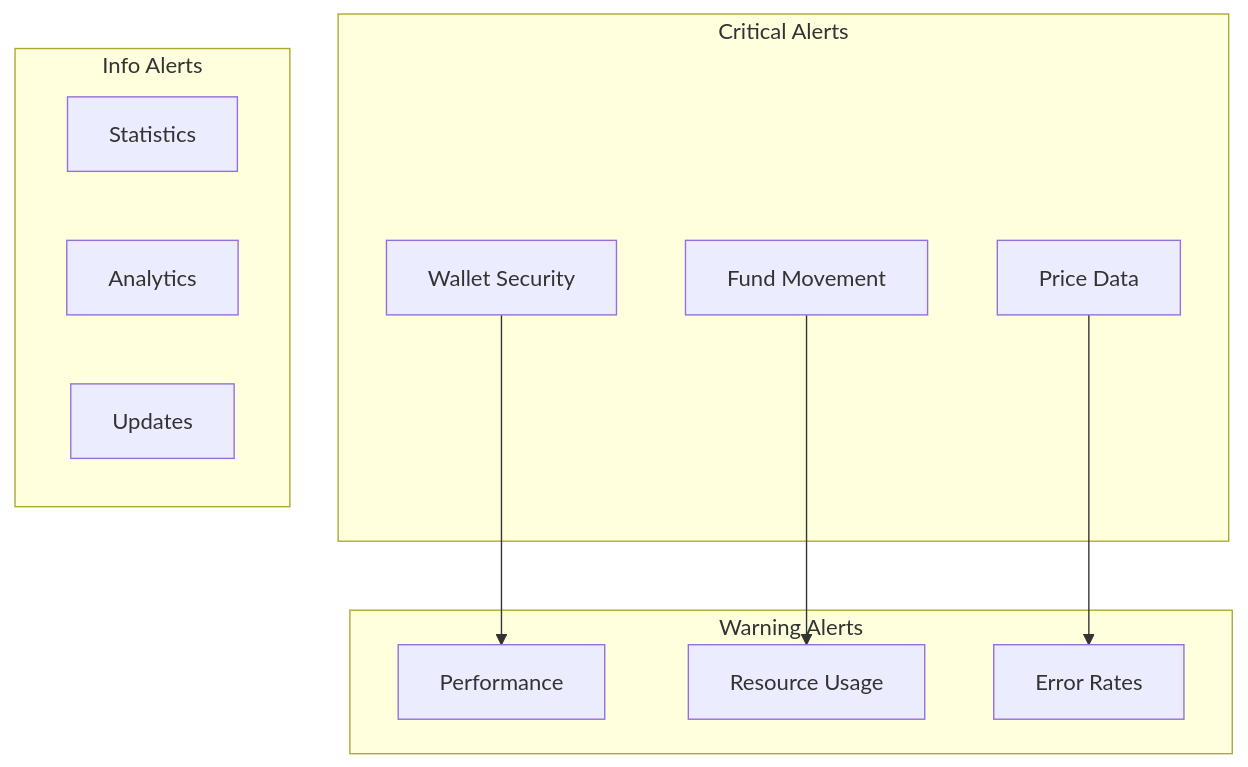
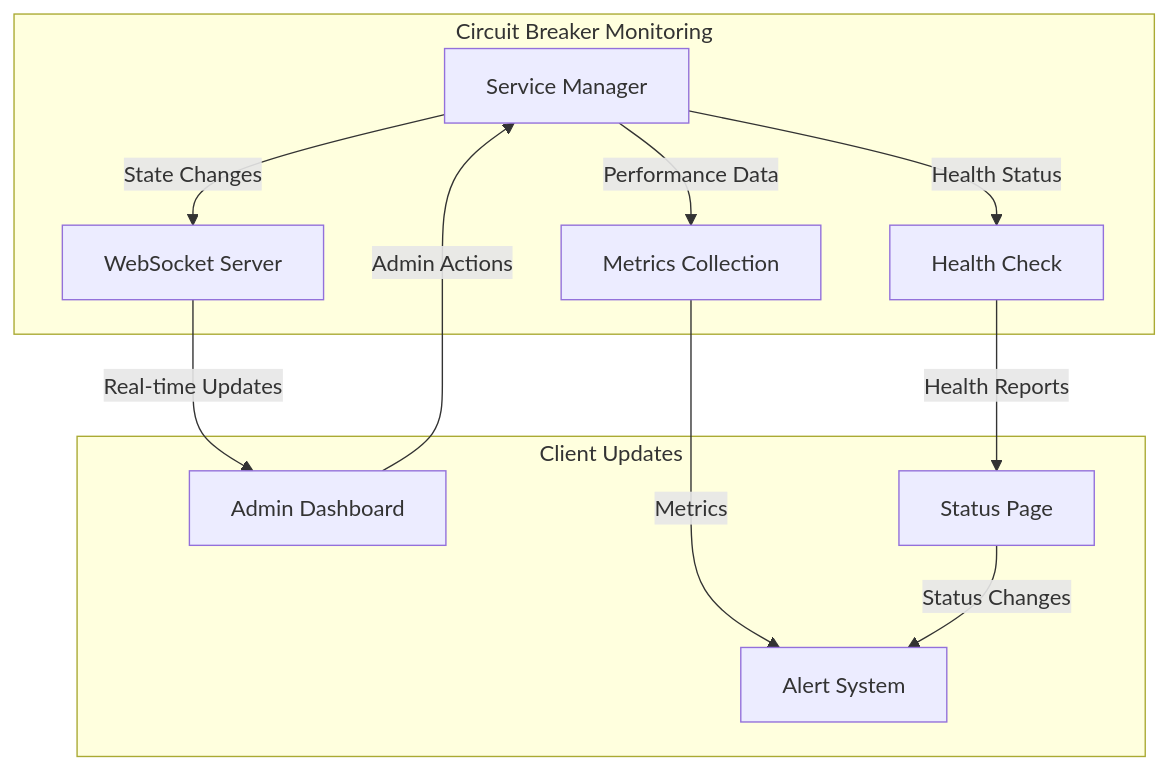
Diagram 15 of 16 in docs_important/Core Services/**MASTER_SERVICE_ARCHITECTURE.md (BranchManager69/degenduel), drawn with Mermaid before and after one commit. The commit also changed other lines of this file and 26 other files, not shown here.

````diff
--- a/docs_important/Core Services/**MASTER_SERVICE_ARCHITECTURE.md
+++ b/docs_important/Core Services/**MASTER_SERVICE_ARCHITECTURE.md
@@ -451,24 +560,26 @@
 ```mermaid
 graph TD
-    subgraph "Critical Alerts"
-        A[Wallet Security]
-        B[Fund Movement]
-        C[Price Data]
+    subgraph "Circuit Breaker Monitoring"
+        A[Service Manager]
+        B[WebSocket Server]
+        C[Health Check]
+        D[Metrics Collection]
     end
     
-    subgraph "Warning Alerts"
-        D[Performance]
-        E[Resource Usage]
-        F[Error Rates]
+    subgraph "Client Updates"
+        E[Admin Dashboard]
+        F[Status Page]
+        G[Alert System]
     end
     
-    subgraph "Info Alerts"
-        G[Statistics]
-        H[Analytics]
-        I[Updates]
-    end
+    A -->|State Changes| B
+    A -->|Health Status| C
+    A -->|Performance Data| D
     
-    A --> D
-    B --> E
-    C --> F
+    B -->|Real-time Updates| E
+    C -->|Health Reports| F
+    D -->|Metrics| G
+    
+    E -->|Admin Actions| A
+    F -->|Status Changes| G
 ```
````
